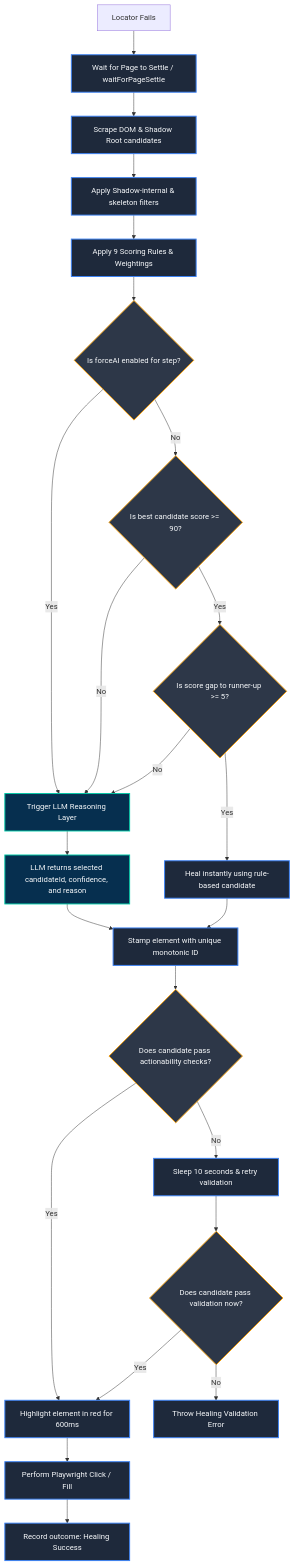
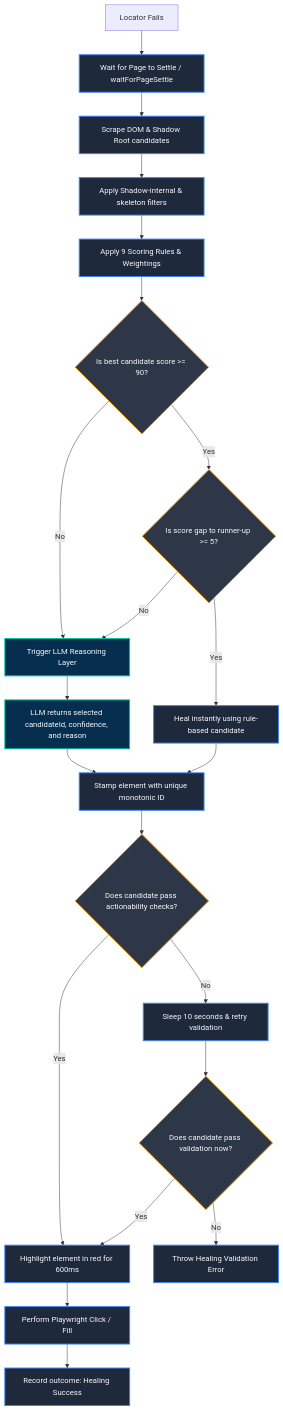
The second of 3 diagrams in docs/project-architecture.md (shambhoo-narwaria/reLOCATE.AI-Intelligent-Element-Recovery-Engine), drawn with Mermaid before and after one commit. The commit also changed other lines of this file, not shown here.

Commit message:
update project-architecture.md with detailed rules breakdown

````diff
--- a/docs/project-architecture.md
+++ b/docs/project-architecture.md
@@ -45,38 +45,36 @@
 ```mermaid
 flowchart TD
     %% Styling
     classDef condition fill:#2d3748,stroke:#f59e0b,stroke-width:2px,color:#f8fafc;
     classDef action fill:#1e293b,stroke:#3b82f6,stroke-width:2px,color:#f8fafc;
     classDef aiAction fill:#062f4f,stroke:#00c9a7,stroke-width:2px,color:#f8fafc;
 
     Start[Locator Fails] --> Stabilize[Wait for Page to Settle / waitForPageSettle]:::action
     Stabilize --> Scrape[Scrape DOM & Shadow Root candidates]:::action
     Scrape --> Filter[Apply Shadow-internal & skeleton filters]:::action
     Filter --> Score[Apply 9 Scoring Rules & Weightings]:::action
-    Score --> ForceAICheck{Is forceAI enabled for step?}:::condition
     
-    ForceAICheck -->|Yes| TriggerAI[Trigger LLM Reasoning Layer]:::aiAction
-    ForceAICheck -->|No| MaxScoreCheck{Is best candidate score >= 90?}:::condition
+    Score --> MaxScoreCheck{Is best candidate score >= 90?}:::condition
     
-    MaxScoreCheck -->|No| TriggerAI
+    MaxScoreCheck -->|No| TriggerAI[Trigger LLM Reasoning Layer]:::aiAction
     MaxScoreCheck -->|Yes| MarginCheck{Is score gap to runner-up >= 5?}:::condition
     
     MarginCheck -->|No| TriggerAI
     MarginCheck -->|Yes| RuleHeal[Heal instantly using rule-based candidate]:::action
     
     TriggerAI --> AISelect[LLM returns selected candidateId, confidence, and reason]:::aiAction
     AISelect --> TargetStamp[Stamp element with unique monotonic ID]:::action
     RuleHeal --> TargetStamp
     
     TargetStamp --> Validate{Does candidate pass actionability checks?}:::condition
     
     Validate -->|Yes| Highlight[Highlight element in red for 600ms]:::action
     Validate -->|No| ExtraWait[Sleep 10 seconds & retry validation]:::action
     
     ExtraWait --> Validate2{Does candidate pass validation now?}:::condition
     Validate2 -->|Yes| Highlight
     Validate2 -->|No| Fail[Throw Healing Validation Error]:::action
     
     Highlight --> PlaywrightAction[Perform Playwright Click / Fill]:::action
     PlaywrightAction --> Success[Record outcome: Healing Success]:::action
 ```
````
